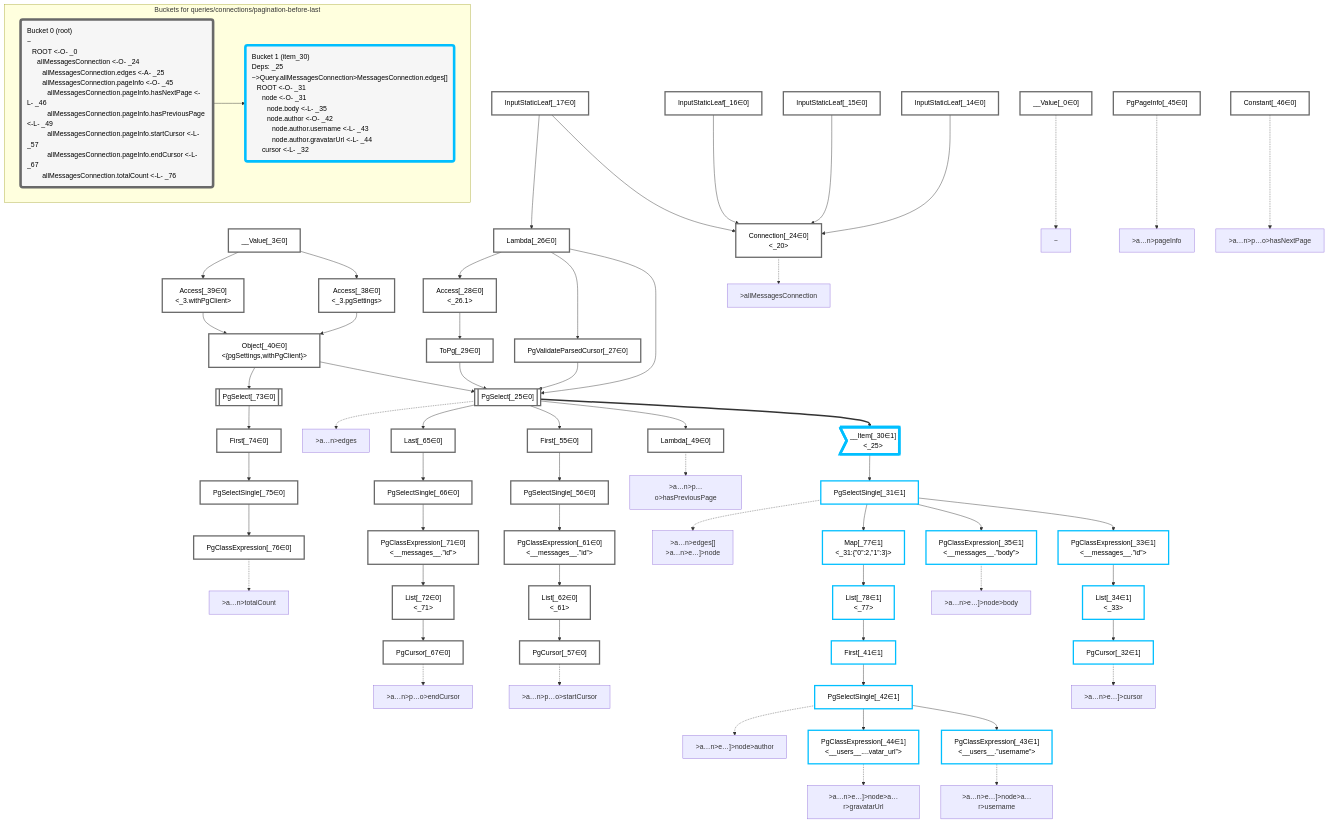
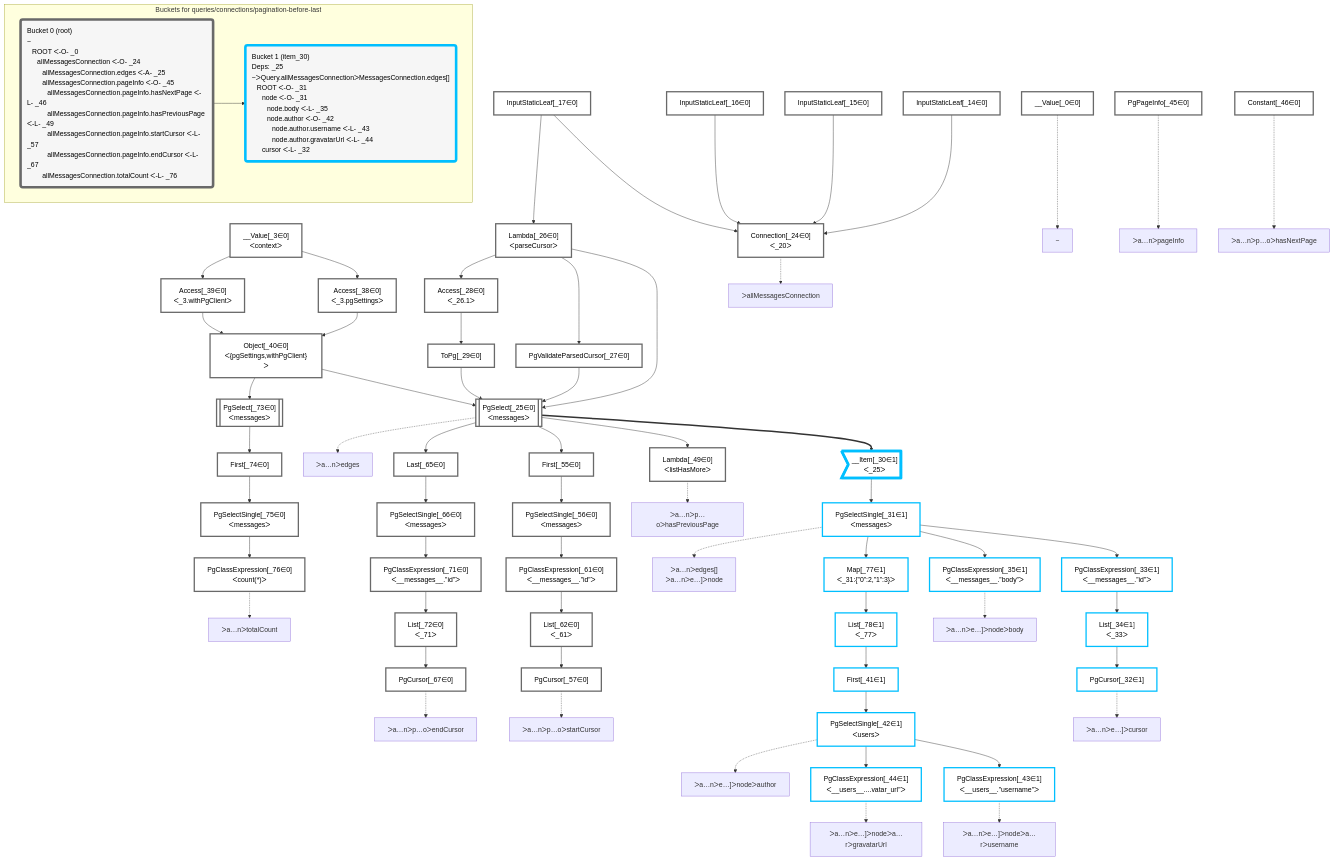
Before and after one commit to graphile/crystal: the diagram in packages/dataplan-pg/__tests__/queries/connections/pagination-before-last.mermaid.md, drawn with Mermaid. The commit also changed 195 other files, not shown here.

```diff
--- a/packages/dataplan-pg/__tests__/queries/connections/pagination-before-last.mermaid.md
+++ b/packages/dataplan-pg/__tests__/queries/connections/pagination-before-last.mermaid.md
@@ -9,49 +9,49 @@
 
     %% define plans
     __Value_0["__Value[_0∈0]"]:::plan
-    __Value_3["__Value[_3∈0]<br /><context>"]:::plan
+    __Value_3["__Value[_3∈0]<br />ᐸcontextᐳ"]:::plan
     InputStaticLeaf_14["InputStaticLeaf[_14∈0]"]:::plan
     InputStaticLeaf_15["InputStaticLeaf[_15∈0]"]:::plan
     InputStaticLeaf_16["InputStaticLeaf[_16∈0]"]:::plan
     InputStaticLeaf_17["InputStaticLeaf[_17∈0]"]:::plan
-    Connection_24["Connection[_24∈0]<br /><_20>"]:::plan
-    PgSelect_25[["PgSelect[_25∈0]<br /><messages>"]]:::plan
-    Lambda_26["Lambda[_26∈0]<br /><parseCursor>"]:::plan
+    Connection_24["Connection[_24∈0]<br />ᐸ_20ᐳ"]:::plan
+    PgSelect_25[["PgSelect[_25∈0]<br />ᐸmessagesᐳ"]]:::plan
+    Lambda_26["Lambda[_26∈0]<br />ᐸparseCursorᐳ"]:::plan
     PgValidateParsedCursor_27["PgValidateParsedCursor[_27∈0]"]:::plan
-    Access_28["Access[_28∈0]<br /><_26.1>"]:::plan
+    Access_28["Access[_28∈0]<br />ᐸ_26.1ᐳ"]:::plan
     ToPg_29["ToPg[_29∈0]"]:::plan
-    __Item_30>"__Item[_30∈1]<br /><_25>"]:::itemplan
-    PgSelectSingle_31["PgSelectSingle[_31∈1]<br /><messages>"]:::plan
+    __Item_30>"__Item[_30∈1]<br />ᐸ_25ᐳ"]:::itemplan
+    PgSelectSingle_31["PgSelectSingle[_31∈1]<br />ᐸmessagesᐳ"]:::plan
     PgCursor_32["PgCursor[_32∈1]"]:::plan
-    PgClassExpression_33["PgClassExpression[_33∈1]<br /><__messages__.”id”>"]:::plan
-    List_34["List[_34∈1]<br /><_33>"]:::plan
-    PgClassExpression_35["PgClassExpression[_35∈1]<br /><__messages__.”body”>"]:::plan
-    Access_38["Access[_38∈0]<br /><_3.pgSettings>"]:::plan
-    Access_39["Access[_39∈0]<br /><_3.withPgClient>"]:::plan
-    Object_40["Object[_40∈0]<br /><{pgSettings,withPgClient}>"]:::plan
+    PgClassExpression_33["PgClassExpression[_33∈1]<br />ᐸ__messages__.”id”ᐳ"]:::plan
+    List_34["List[_34∈1]<br />ᐸ_33ᐳ"]:::plan
+    PgClassExpression_35["PgClassExpression[_35∈1]<br />ᐸ__messages__.”body”ᐳ"]:::plan
+    Access_38["Access[_38∈0]<br />ᐸ_3.pgSettingsᐳ"]:::plan
+    Access_39["Access[_39∈0]<br />ᐸ_3.withPgClientᐳ"]:::plan
+    Object_40["Object[_40∈0]<br />ᐸ{pgSettings,withPgClient}ᐳ"]:::plan
     First_41["First[_41∈1]"]:::plan
-    PgSelectSingle_42["PgSelectSingle[_42∈1]<br /><users>"]:::plan
-    PgClassExpression_43["PgClassExpression[_43∈1]<br /><__users__.”username”>"]:::plan
-    PgClassExpression_44["PgClassExpression[_44∈1]<br /><__users__....vatar_url”>"]:::plan
+    PgSelectSingle_42["PgSelectSingle[_42∈1]<br />ᐸusersᐳ"]:::plan
+    PgClassExpression_43["PgClassExpression[_43∈1]<br />ᐸ__users__.”username”ᐳ"]:::plan
+    PgClassExpression_44["PgClassExpression[_44∈1]<br />ᐸ__users__....vatar_url”ᐳ"]:::plan
     PgPageInfo_45["PgPageInfo[_45∈0]"]:::plan
     Constant_46["Constant[_46∈0]"]:::plan
-    Lambda_49["Lambda[_49∈0]<br /><listHasMore>"]:::plan
+    Lambda_49["Lambda[_49∈0]<br />ᐸlistHasMoreᐳ"]:::plan
     First_55["First[_55∈0]"]:::plan
-    PgSelectSingle_56["PgSelectSingle[_56∈0]<br /><messages>"]:::plan
+    PgSelectSingle_56["PgSelectSingle[_56∈0]<br />ᐸmessagesᐳ"]:::plan
     PgCursor_57["PgCursor[_57∈0]"]:::plan
-    PgClassExpression_61["PgClassExpression[_61∈0]<br /><__messages__.”id”>"]:::plan
-    List_62["List[_62∈0]<br /><_61>"]:::plan
+    PgClassExpression_61["PgClassExpression[_61∈0]<br />ᐸ__messages__.”id”ᐳ"]:::plan
+    List_62["List[_62∈0]<br />ᐸ_61ᐳ"]:::plan
     Last_65["Last[_65∈0]"]:::plan
-    PgSelectSingle_66["PgSelectSingle[_66∈0]<br /><messages>"]:::plan
+    PgSelectSingle_66["PgSelectSingle[_66∈0]<br />ᐸmessagesᐳ"]:::plan
     PgCursor_67["PgCursor[_67∈0]"]:::plan
-    PgClassExpression_71["PgClassExpression[_71∈0]<br /><__messages__.”id”>"]:::plan
-    List_72["List[_72∈0]<br /><_71>"]:::plan
-    PgSelect_73[["PgSelect[_73∈0]<br /><messages>"]]:::plan
+    PgClassExpression_71["PgClassExpression[_71∈0]<br />ᐸ__messages__.”id”ᐳ"]:::plan
+    List_72["List[_72∈0]<br />ᐸ_71ᐳ"]:::plan
+    PgSelect_73[["PgSelect[_73∈0]<br />ᐸmessagesᐳ"]]:::plan
     First_74["First[_74∈0]"]:::plan
-    PgSelectSingle_75["PgSelectSingle[_75∈0]<br /><messages>"]:::plan
-    PgClassExpression_76["PgClassExpression[_76∈0]<br /><count(*)>"]:::plan
-    Map_77["Map[_77∈1]<br /><_31:{”0”:2,”1”:3}>"]:::plan
-    List_78["List[_78∈1]<br /><_77>"]:::plan
+    PgSelectSingle_75["PgSelectSingle[_75∈0]<br />ᐸmessagesᐳ"]:::plan
+    PgClassExpression_76["PgClassExpression[_76∈0]<br />ᐸcount(*)ᐳ"]:::plan
+    Map_77["Map[_77∈1]<br />ᐸ_31:{”0”:2,”1”:3}ᐳ"]:::plan
+    List_78["List[_78∈1]<br />ᐸ_77ᐳ"]:::plan
 
     %% plan dependencies
     InputStaticLeaf_14 --> Connection_24
@@ -101,33 +101,33 @@
     %% plan-to-path relationships
     P_0["~"]
     __Value_0 -.-> P_0
-    P_24[">allMessagesConnection"]
+    P_24["ᐳallMessagesConnection"]
     Connection_24 -.-> P_24
-    P_25[">a…n>edges"]
+    P_25["ᐳa…nᐳedges"]
     PgSelect_25 -.-> P_25
-    P_31[">a…n>edges[]<br />>a…n>e…]>node"]
+    P_31["ᐳa…nᐳedges[]<br />ᐳa…nᐳe…]ᐳnode"]
     PgSelectSingle_31 -.-> P_31
-    P_32[">a…n>e…]>cursor"]
+    P_32["ᐳa…nᐳe…]ᐳcursor"]
     PgCursor_32 -.-> P_32
-    P_35[">a…n>e…]>node>body"]
+    P_35["ᐳa…nᐳe…]ᐳnodeᐳbody"]
     PgClassExpression_35 -.-> P_35
-    P_42[">a…n>e…]>node>author"]
+    P_42["ᐳa…nᐳe…]ᐳnodeᐳauthor"]
     PgSelectSingle_42 -.-> P_42
-    P_43[">a…n>e…]>node>a…r>username"]
+    P_43["ᐳa…nᐳe…]ᐳnodeᐳa…rᐳusername"]
     PgClassExpression_43 -.-> P_43
-    P_44[">a…n>e…]>node>a…r>gravatarUrl"]
+    P_44["ᐳa…nᐳe…]ᐳnodeᐳa…rᐳgravatarUrl"]
     PgClassExpression_44 -.-> P_44
-    P_45[">a…n>pageInfo"]
+    P_45["ᐳa…nᐳpageInfo"]
     PgPageInfo_45 -.-> P_45
-    P_46[">a…n>p…o>hasNextPage"]
+    P_46["ᐳa…nᐳp…oᐳhasNextPage"]
     Constant_46 -.-> P_46
-    P_49[">a…n>p…o>hasPreviousPage"]
+    P_49["ᐳa…nᐳp…oᐳhasPreviousPage"]
     Lambda_49 -.-> P_49
-    P_57[">a…n>p…o>startCursor"]
+    P_57["ᐳa…nᐳp…oᐳstartCursor"]
     PgCursor_57 -.-> P_57
-    P_67[">a…n>p…o>endCursor"]
+    P_67["ᐳa…nᐳp…oᐳendCursor"]
     PgCursor_67 -.-> P_67
-    P_76[">a…n>totalCount"]
+    P_76["ᐳa…nᐳtotalCount"]
     PgClassExpression_76 -.-> P_76
 
     %% allocate buckets
@@ -137,9 +137,9 @@
     class __Item_30,PgSelectSingle_31,PgCursor_32,PgClassExpression_33,List_34,PgClassExpression_35,First_41,PgSelectSingle_42,PgClassExpression_43,PgClassExpression_44,Map_77,List_78 bucket1
 
     subgraph "Buckets for queries/connections/pagination-before-last"
-    Bucket0("Bucket 0 (root)<br />~<br />⠀ROOT <-O- _0<br />⠀⠀allMessagesConnection <-O- _24<br />⠀⠀⠀allMessagesConnection.edges <-A- _25<br />⠀⠀⠀allMessagesConnection.pageInfo <-O- _45<br />⠀⠀⠀⠀allMessagesConnection.pageInfo.hasNextPage <-L- _46<br />⠀⠀⠀⠀allMessagesConnection.pageInfo.hasPreviousPage <-L- _49<br />⠀⠀⠀⠀allMessagesConnection.pageInfo.startCursor <-L- _57<br />⠀⠀⠀⠀allMessagesConnection.pageInfo.endCursor <-L- _67<br />⠀⠀⠀allMessagesConnection.totalCount <-L- _76"):::bucket
+    Bucket0("Bucket 0 (root)<br />~<br />⠀ROOT ᐸ-O- _0<br />⠀⠀allMessagesConnection ᐸ-O- _24<br />⠀⠀⠀allMessagesConnection.edges ᐸ-A- _25<br />⠀⠀⠀allMessagesConnection.pageInfo ᐸ-O- _45<br />⠀⠀⠀⠀allMessagesConnection.pageInfo.hasNextPage ᐸ-L- _46<br />⠀⠀⠀⠀allMessagesConnection.pageInfo.hasPreviousPage ᐸ-L- _49<br />⠀⠀⠀⠀allMessagesConnection.pageInfo.startCursor ᐸ-L- _57<br />⠀⠀⠀⠀allMessagesConnection.pageInfo.endCursor ᐸ-L- _67<br />⠀⠀⠀allMessagesConnection.totalCount ᐸ-L- _76"):::bucket
     style Bucket0 stroke:#696969
-    Bucket1("Bucket 1 (item_30)<br />Deps: _25<br />~>Query.allMessagesConnection>MessagesConnection.edges[]<br />⠀ROOT <-O- _31<br />⠀⠀node <-O- _31<br />⠀⠀⠀node.body <-L- _35<br />⠀⠀⠀node.author <-O- _42<br />⠀⠀⠀⠀node.author.username <-L- _43<br />⠀⠀⠀⠀node.author.gravatarUrl <-L- _44<br />⠀⠀cursor <-L- _32"):::bucket
+    Bucket1("Bucket 1 (item_30)<br />Deps: _25<br />~ᐳQuery.allMessagesConnectionᐳMessagesConnection.edges[]<br />⠀ROOT ᐸ-O- _31<br />⠀⠀node ᐸ-O- _31<br />⠀⠀⠀node.body ᐸ-L- _35<br />⠀⠀⠀node.author ᐸ-O- _42<br />⠀⠀⠀⠀node.author.username ᐸ-L- _43<br />⠀⠀⠀⠀node.author.gravatarUrl ᐸ-L- _44<br />⠀⠀cursor ᐸ-L- _32"):::bucket
     style Bucket1 stroke:#00bfff
     Bucket0 --> Bucket1
     end
```
